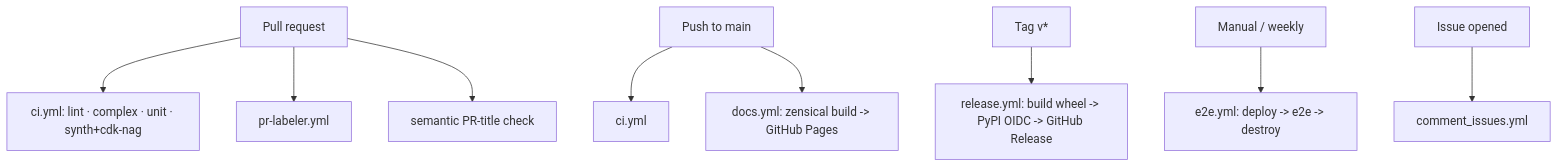
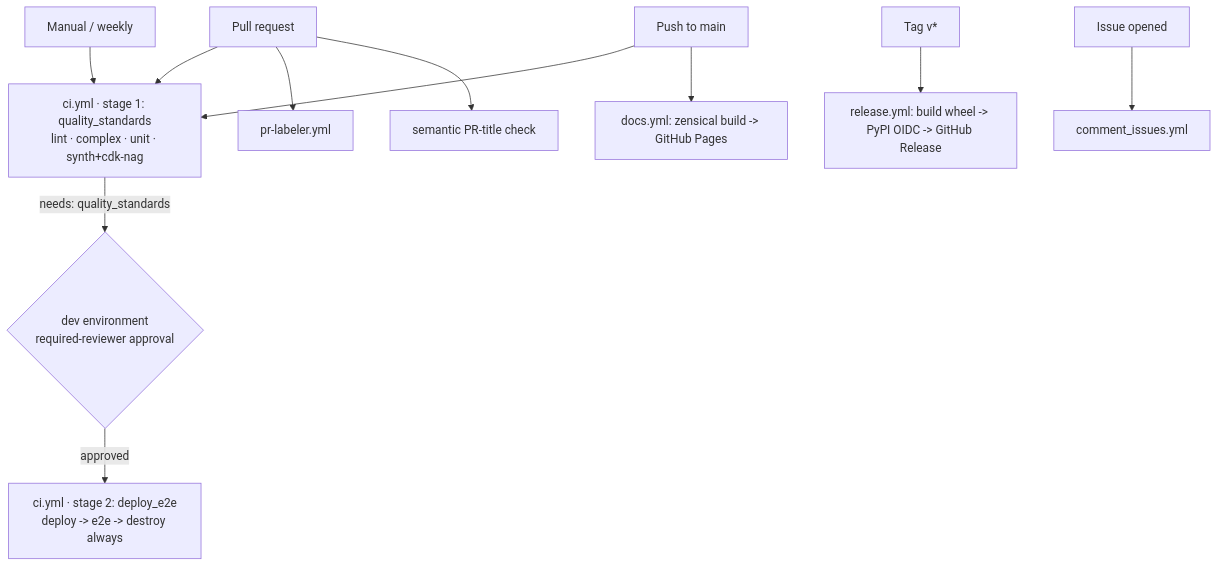
Before and after one commit to ran-isenberg/lambda-microvm-cdk-python: the diagram in docs/pipeline.md, drawn with Mermaid. The commit also changed other lines of this file and 2 other files, not shown here.

First line of the commit message:
chore: chain deploy + E2E as a gated stage after the CI quality gate

````diff
--- a/docs/pipeline.md
+++ b/docs/pipeline.md
@@ -25,11 +25,13 @@
 ```mermaid
 flowchart TD
-    PR[Pull request] --> CI[ci.yml: lint · complex · unit · synth+cdk-nag]
+    PR[Pull request] --> Q[ci.yml · stage 1: quality_standards<br/>lint · complex · unit · synth+cdk-nag]
+    Main[Push to main] --> Q
+    Manual[Manual / weekly] --> Q
+    Q -->|needs: quality_standards| GATE{dev environment<br/>required-reviewer approval}
+    GATE -->|approved| D[ci.yml · stage 2: deploy_e2e<br/>deploy -> e2e -> destroy always]
     PR --> LBL[pr-labeler.yml]
     PR --> SEM[semantic PR-title check]
-    Main[Push to main] --> CIm[ci.yml]
     Main --> DOCS[docs.yml: zensical build -> GitHub Pages]
     Tag[Tag v*] --> REL[release.yml: build wheel -> PyPI OIDC -> GitHub Release]
-    Manual[Manual / weekly] --> E2E[e2e.yml: deploy -> e2e -> destroy]
     Issue[Issue opened] --> CMT[comment_issues.yml]
 ```
````
